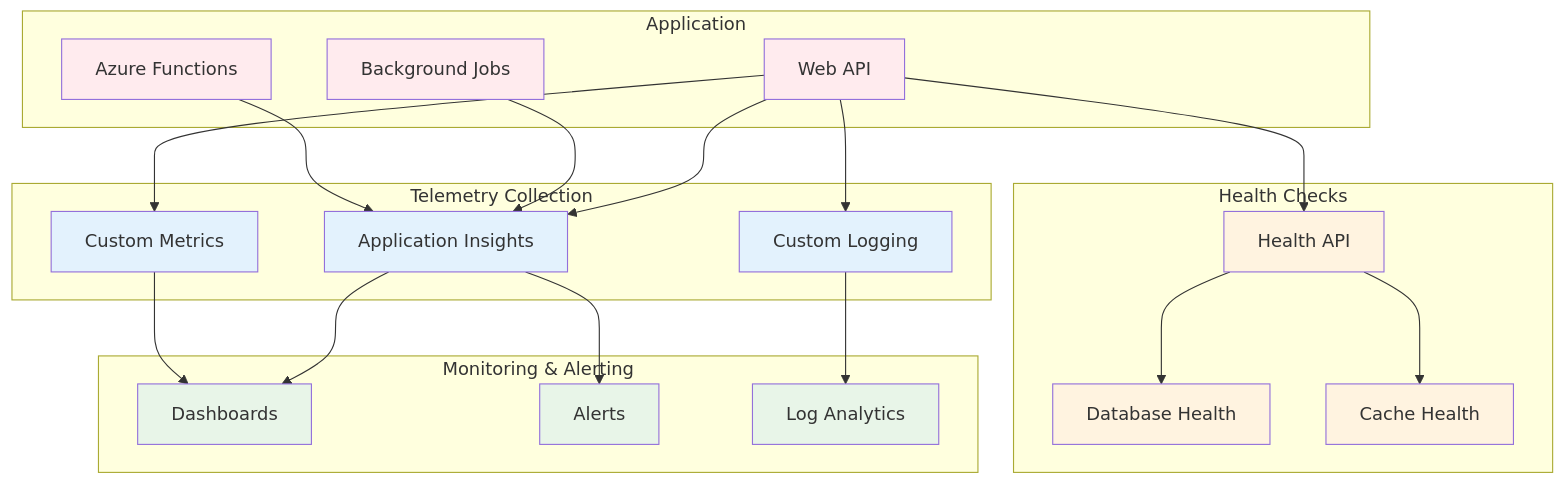
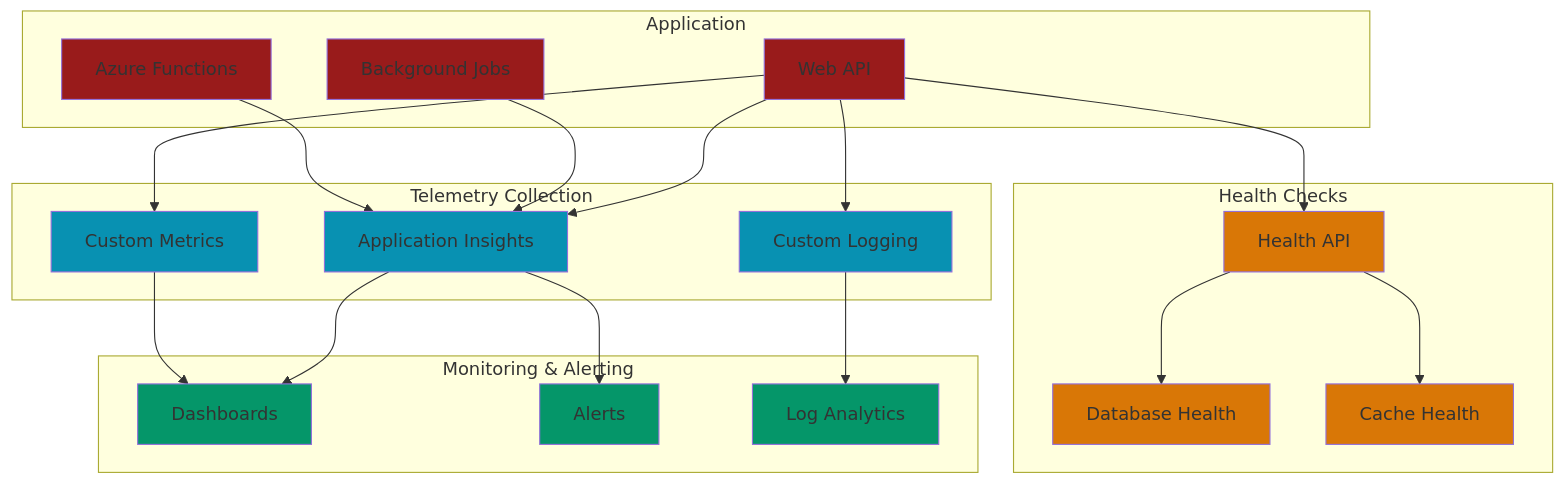
Before and after one commit to nithinmohantk/dotnet-multi-tenant-saas-boilerplate-with-advanced-features: the tenth of 11 diagrams in README.md, drawn with Mermaid. The commit also changed other lines of this file, not shown here.

````diff
--- a/README.md
+++ b/README.md
@@ -798,54 +805,54 @@
 ```mermaid
 graph TB
     subgraph "Application"
         API[Web API]
         Background[Background Jobs]
         Functions[Azure Functions]
     end
     
     subgraph "Telemetry Collection"
         AppInsights[Application Insights]
         CustomLogs[Custom Logging]
         Metrics[Custom Metrics]
     end
     
     subgraph "Monitoring & Alerting"
         Dashboards[Dashboards]
         Alerts[Alerts]
         Logs[Log Analytics]
     end
     
     subgraph "Health Checks"
         HealthAPI[Health API]
         HealthDB[Database Health]
         HealthCache[Cache Health]
     end
     
     API --> AppInsights
     API --> CustomLogs
     API --> Metrics
     Background --> AppInsights
     Functions --> AppInsights
     
     AppInsights --> Dashboards
     AppInsights --> Alerts
     CustomLogs --> Logs
     Metrics --> Dashboards
     
     API --> HealthAPI
     HealthAPI --> HealthDB
     HealthAPI --> HealthCache
     
-    style API fill:#ffebee
-    style Background fill:#ffebee
-    style Functions fill:#ffebee
-    style AppInsights fill:#e3f2fd
-    style CustomLogs fill:#e3f2fd
-    style Metrics fill:#e3f2fd
-    style Dashboards fill:#e8f5e8
-    style Alerts fill:#e8f5e8
-    style Logs fill:#e8f5e8
-    style HealthAPI fill:#fff3e0
-    style HealthDB fill:#fff3e0
-    style HealthCache fill:#fff3e0
+    style API fill:#991b1b
+    style Background fill:#991b1b
+    style Functions fill:#991b1b
+    style AppInsights fill:#0891b2
+    style CustomLogs fill:#0891b2
+    style Metrics fill:#0891b2
+    style Dashboards fill:#059669
+    style Alerts fill:#059669
+    style Logs fill:#059669
+    style HealthAPI fill:#d97706
+    style HealthDB fill:#d97706
+    style HealthCache fill:#d97706
 ```
````
